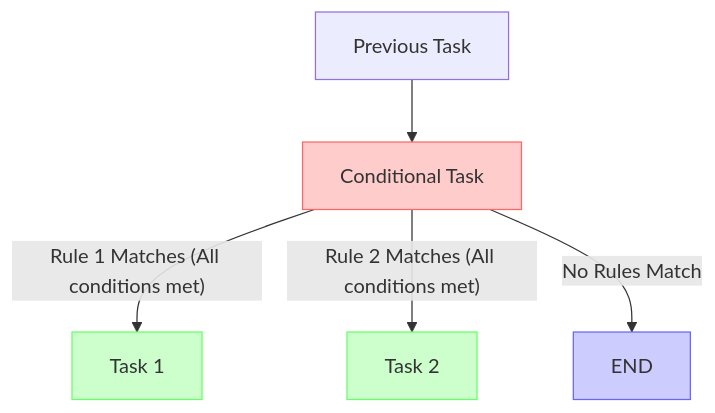
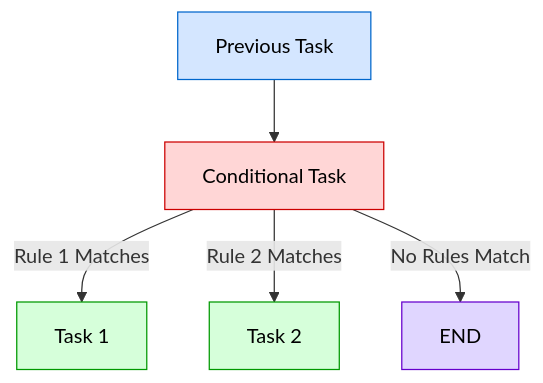
The diagram in docs/agent/tasks/conditional-task.md (gaife/docs), drawn with Mermaid before and after one commit. The commit also changed other lines of this file and 1 other file, not shown here.

Commit message:
fix the task flow content

````diff
--- a/docs/agent/tasks/conditional-task.md
+++ b/docs/agent/tasks/conditional-task.md
@@ -310,12 +310,13 @@
 ```mermaid
 graph TD
     A[Previous Task] --> B[Conditional Task]
-    B -- "Rule 1 Matches (All conditions met)" --> C[Task 1]
-    B -- "Rule 2 Matches (All conditions met)" --> D[Task 2]
+    B -- "Rule 1 Matches" --> C[Task 1]
+    B -- "Rule 2 Matches" --> D[Task 2]
     B -- "No Rules Match" --> E[END]
 
-    style B fill:#ffcccc,stroke:#ff6666
-    style C fill:#ccffcc,stroke:#66ff66
-    style D fill:#ccffcc,stroke:#66ff66
-    style E fill:#ccccff,stroke:#6666ff
+    style A fill:#d4e6ff,stroke:#0066cc,color:#000000
+    style B fill:#ffd6d6,stroke:#cc0000,color:#000000
+    style C fill:#d6ffda,stroke:#009900,color:#000000
+    style D fill:#d6ffda,stroke:#009900,color:#000000
+    style E fill:#e0d6ff,stroke:#6600cc,color:#000000
 ```
````
